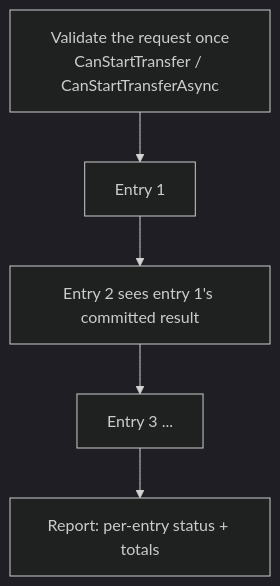
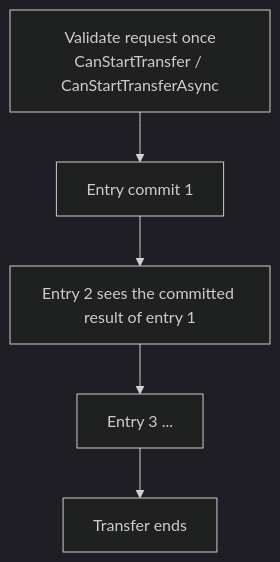
Before and after one commit to SergeevSergey99/DragAndDropSystem-Docs: the second of 2 diagrams in .docs/content/architecture/transfer-pipeline.en.md, drawn with Mermaid (dark theme). The commit also changed other lines of this file and 19 other files, not shown here.

````diff
--- a/.docs/content/architecture/transfer-pipeline.en.md
+++ b/.docs/content/architecture/transfer-pipeline.en.md
@@ -183,7 +111,7 @@
 ```mermaid
 flowchart TD
-    A["Validate the request once<br/>CanStartTransfer / CanStartTransferAsync"] --> B["Entry 1"]
-    B --> C["Entry 2 sees entry 1's committed result"]
+    A["Validate request once<br/>CanStartTransfer / CanStartTransferAsync"] --> B["Entry commit 1"]
+    B --> C["Entry 2 sees the committed result of entry 1"]
     C --> D["Entry 3 ..."]
-    D --> E["Report: per-entry status + totals"]
+    D --> E["Transfer ends"]
 ```
````
